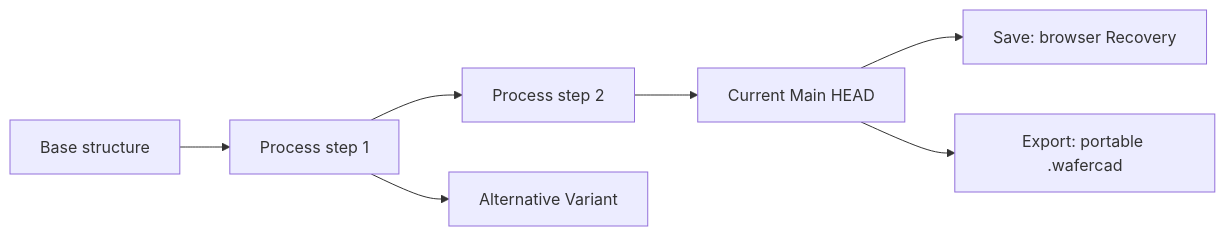
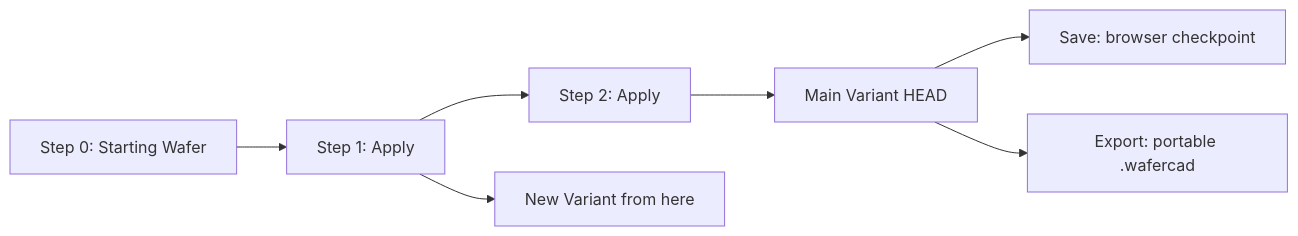
One commit to Xiaolong-6/WaferCAD changed the diagram in docs/wiki/History-Variants-and-Recovery.md. Above: the diagram before and after it, drawn with Mermaid. The commit also changed other lines of this file and 5 other files, not shown here.

Commit message:
docs: rewrite History/Recovery guide and separate current from historical science evidence

````diff
--- a/docs/wiki/History-Variants-and-Recovery.md
+++ b/docs/wiki/History-Variants-and-Recovery.md
@@ -7,9 +11,9 @@
 ```mermaid
 flowchart LR
-  Base[Base structure] --> Step1[Process step 1]
-  Step1 --> Step2[Process step 2]
-  Step2 --> Main[Current Main HEAD]
-  Step1 --> Variant[Alternative Variant]
-  Main --> Save["Save: browser Recovery"]
-  Main --> Export["Export: portable .wafercad"]
+  Base["Step 0: Starting Wafer"] --> A["Step 1: Apply"]
+  A --> B["Step 2: Apply"]
+  A --> V["New Variant from here"]
+  B --> Head["Main Variant HEAD"]
+  Head --> Save["Save: browser checkpoint"]
+  Head --> Export["Export: portable .wafercad"]
 ```
````
